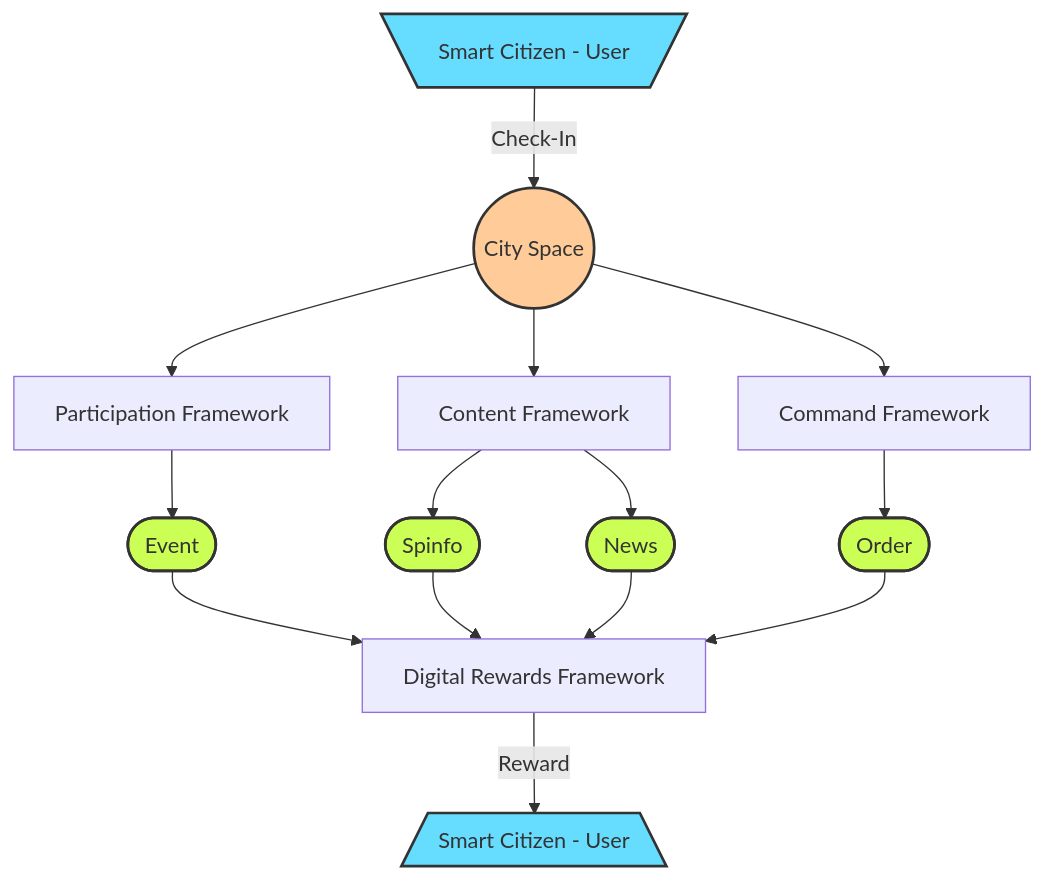
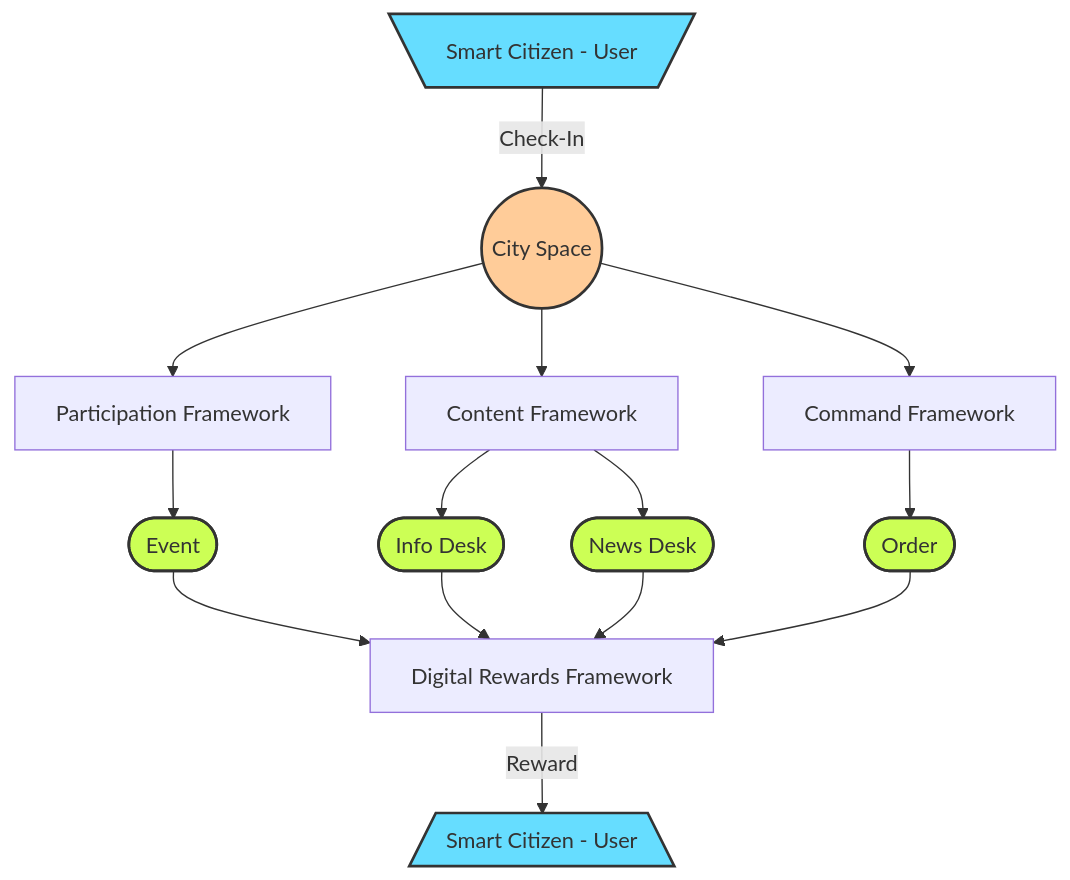
One commit to cityos-work/cityos-dev changed the diagram in pages/roadmap.md. Above: the diagram before and after it, drawn with Mermaid.

````diff
--- a/pages/roadmap.md
+++ b/pages/roadmap.md
@@ -64,23 +64,23 @@
 ```mermaid
 graph TB;
     USER[\Smart Citizen - User/]-- Check-In -->SPACE((City Space));
     SPACE-->PARTICIPATION[Participation Framework];
     SPACE-->CONTENT[Content Framework];
     SPACE-->COMMAND[Command Framework];
     PARTICIPATION-->EVENT([Event]);
-    CONTENT-->INFO([Spinfo]);
-    CONTENT-->NEWS([News]);
+    CONTENT-->INFO([Info Desk]);
+    CONTENT-->NEWS([News Desk]);
     COMMAND-->ORDER([Order]);
     EVENT-->REWARDFRAMEWORK[Digital Rewards Framework];
     INFO-->REWARDFRAMEWORK;
     NEWS-->REWARDFRAMEWORK;
     ORDER-->REWARDFRAMEWORK;
     REWARDFRAMEWORK-- Reward -->REWARDEDUSER[/Smart Citizen - User\];
     style USER fill:#6df,stroke:#333,stroke-width:2px
     style REWARDEDUSER fill:#6df,stroke:#333,stroke-width:2px
     style SPACE fill:#fc9,stroke:#333,stroke-width:2px
     style ORDER fill:#CF5, stroke:#333,stroke-width:2px
     style INFO fill:#CF5, stroke:#333,stroke-width:2px
     style NEWS fill:#CF5, stroke:#333,stroke-width:2px
     style EVENT fill:#CF5, stroke:#333,stroke-width:2px 
 ```
````
